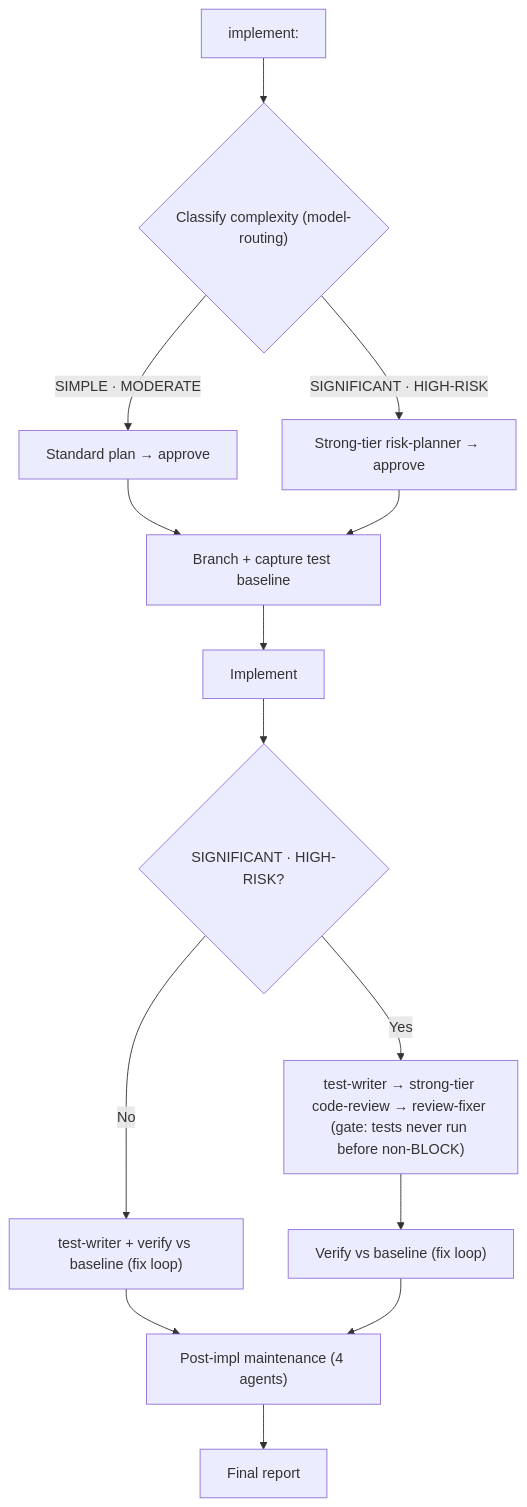
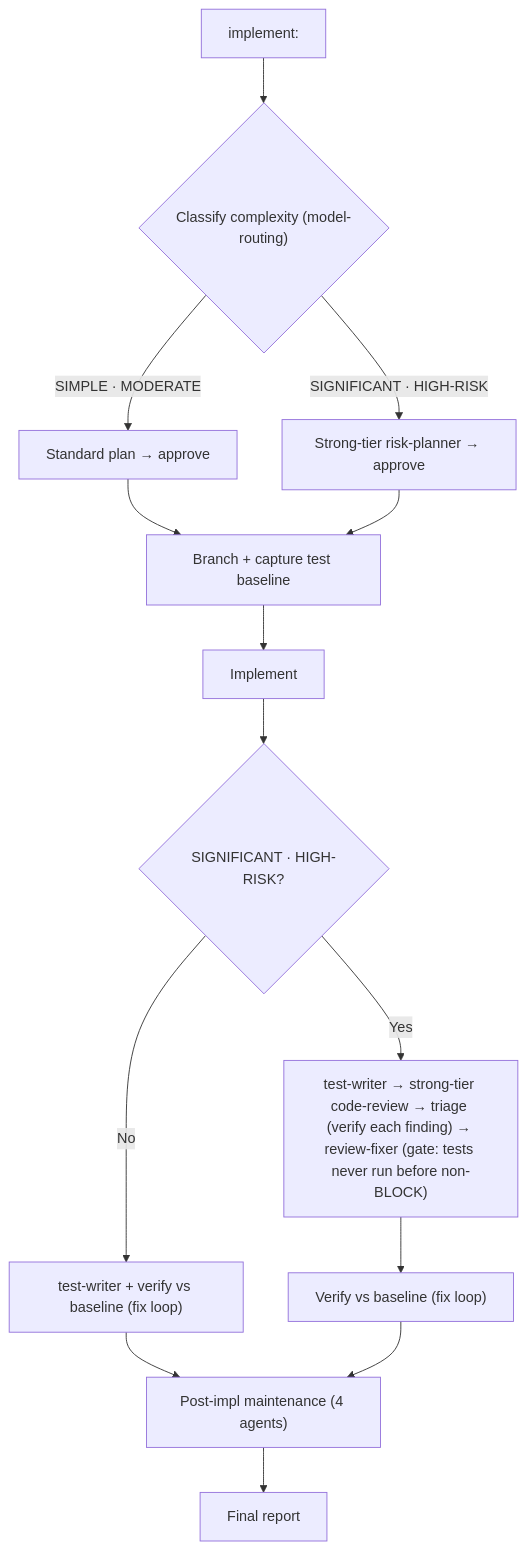
One commit to ihudak/ihudak-copilot-plugins changed the second of 2 diagrams in dev-workflows/README.md. Above: the diagram before and after it, drawn with Mermaid. The commit also changed other lines of this file and 21 other files, not shown here.

First line of the commit message:
feat(dev-workflows): orchestrator finding-triage between reviewer and fixer

````diff
--- a/dev-workflows/README.md
+++ b/dev-workflows/README.md
@@ -144,16 +144,16 @@
 ```mermaid
 flowchart TD
     IN["implement:"] --> C{"Classify complexity (model-routing)"}
     C -->|SIMPLE · MODERATE| P1["Standard plan → approve"]
     C -->|SIGNIFICANT · HIGH-RISK| P2["Strong-tier risk-planner → approve"]
     P1 --> BR["Branch + capture test baseline"]
     P2 --> BR
     BR --> IM["Implement"]
     IM --> G{"SIGNIFICANT · HIGH-RISK?"}
-    G -->|Yes| RV["test-writer → strong-tier code-review → review-fixer (gate: tests never run before non-BLOCK)"]
+    G -->|Yes| RV["test-writer → strong-tier code-review → triage (verify each finding) → review-fixer (gate: tests never run before non-BLOCK)"]
     G -->|No| TS["test-writer + verify vs baseline (fix loop)"]
     RV --> VF["Verify vs baseline (fix loop)"]
     TS --> MT["Post-impl maintenance (4 agents)"]
     VF --> MT
     MT --> RP["Final report"]
 ```
````
